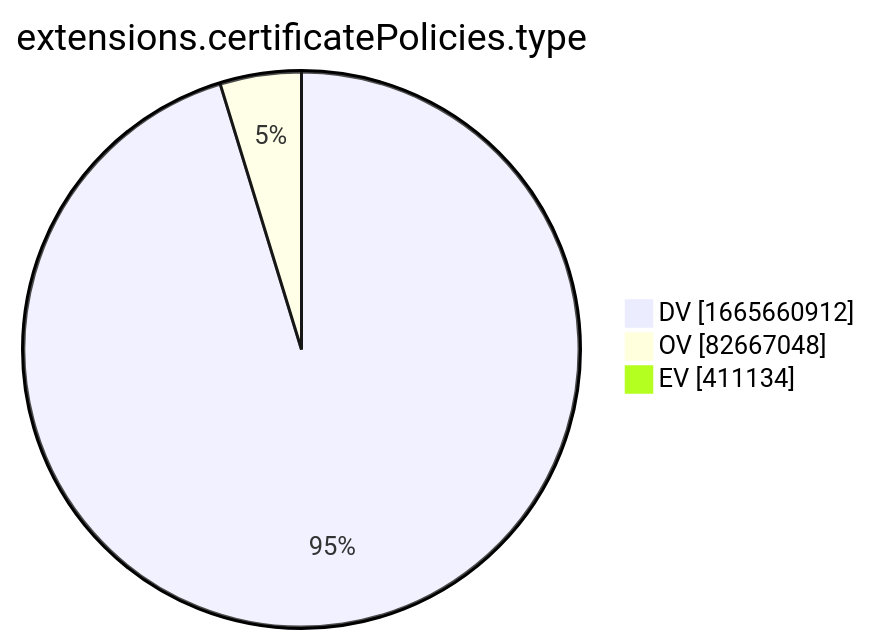
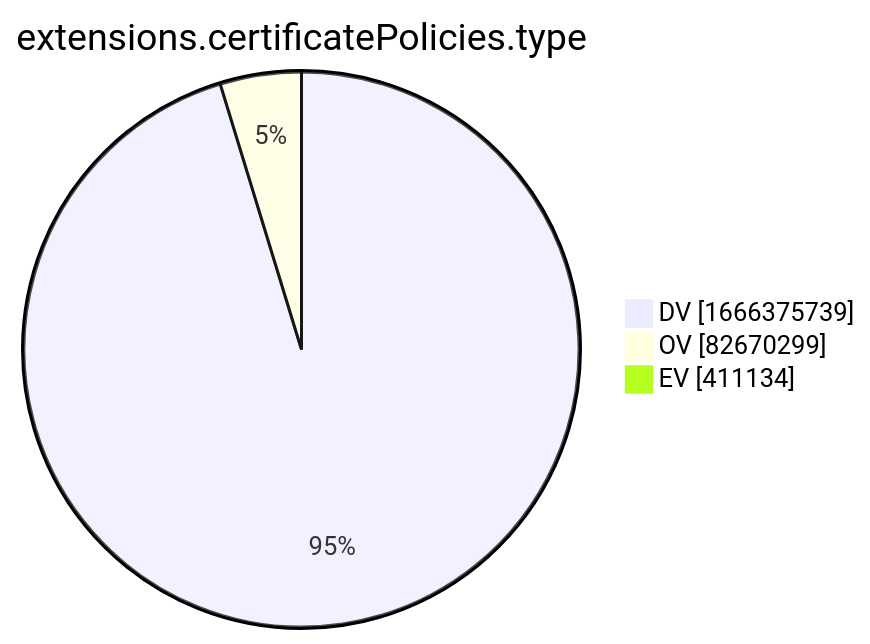
The tenth of 15 diagrams in xenon2022/README.md (christiankrug/ctmonitor_visualization), drawn with Mermaid before and after one commit. The commit also changed other lines of this file, not shown here.

````diff
--- a/xenon2022/README.md
+++ b/xenon2022/README.md
@@ -2880,7 +2880,7 @@
 ```mermaid
 pie showData
 title extensions.certificatePolicies.type
-"DV" :1665660912
-"OV" :82667048
+"DV" :1666375739
+"OV" :82670299
 "EV" :411134
 ```
````
